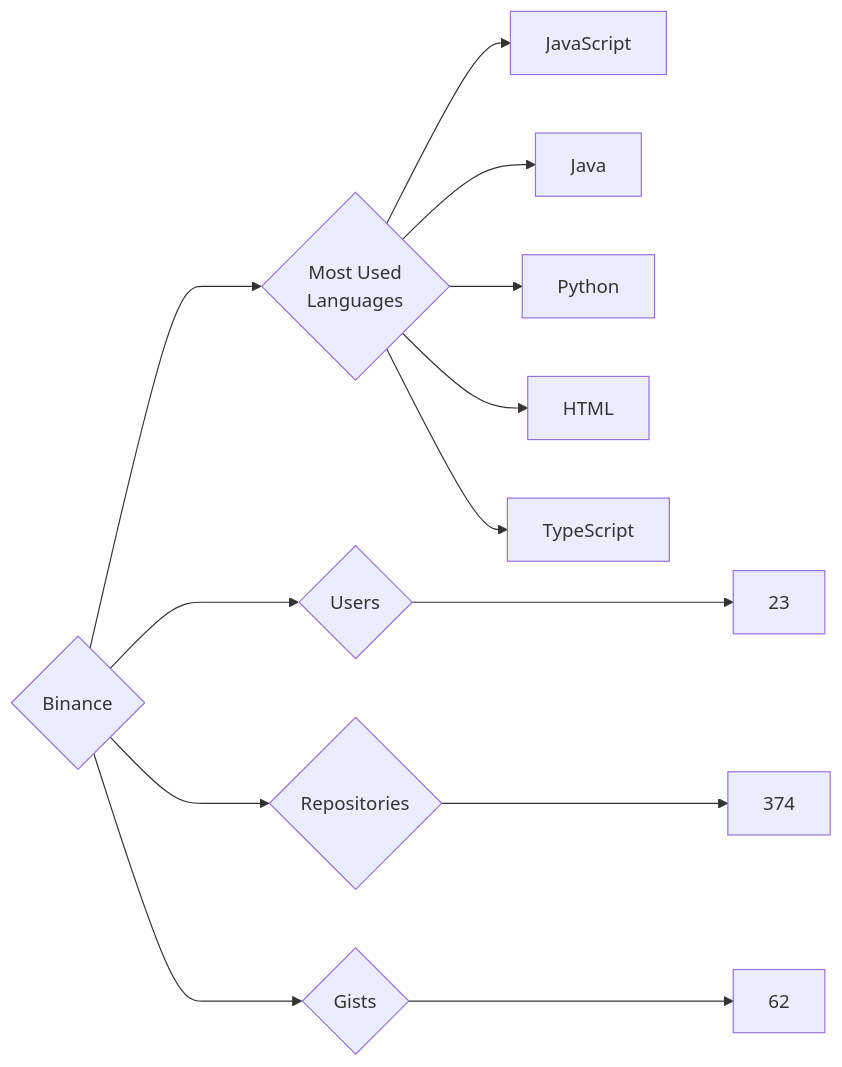
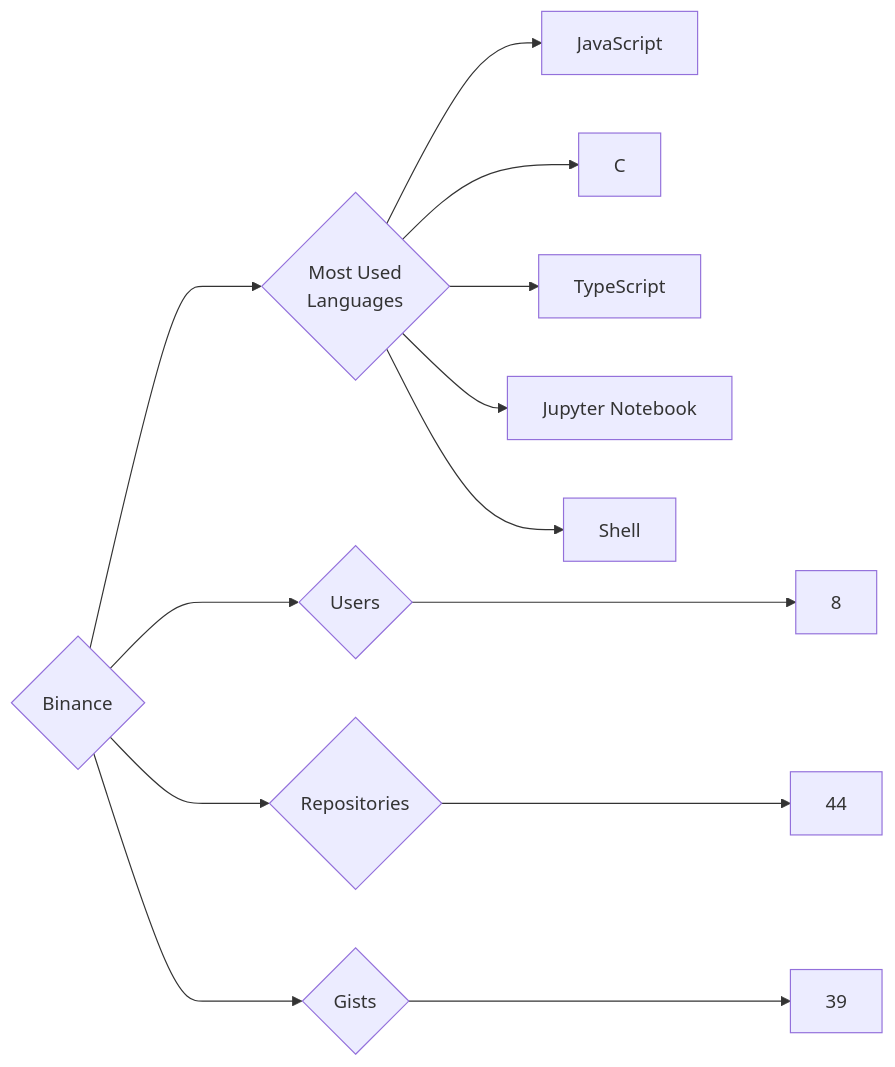
Before and after one commit to trickest/insiders: the diagram in targets/Binance/README.md, drawn with Mermaid. The commit also changed 676 other files, not shown here.

````diff
--- a/targets/Binance/README.md
+++ b/targets/Binance/README.md
@@ -3,13 +3,13 @@
 ```mermaid
 graph LR
 COMPANY_NAME{Binance}
-COMPANY_NAME ---> U{Users} ---> UN[23]
-COMPANY_NAME ---> R{Repositories} ---> RN[374]
-COMPANY_NAME ---> G{Gists} ---> GN[62]
+COMPANY_NAME ---> U{Users} ---> UN[8]
+COMPANY_NAME ---> R{Repositories} ---> RN[44]
+COMPANY_NAME ---> G{Gists} ---> GN[39]
 COMPANY_NAME ---> ML{Most Used<br>Languages}
 ML --> JavaScript[JavaScript]
-ML --> Java[Java]
-ML --> Python[Python]
-ML --> HTML[HTML]
+ML --> C[C]
 ML --> TypeScript[TypeScript]
+ML --> Jupyter_Notebook[Jupyter Notebook]
+ML --> Shell[Shell]
 ```
````
